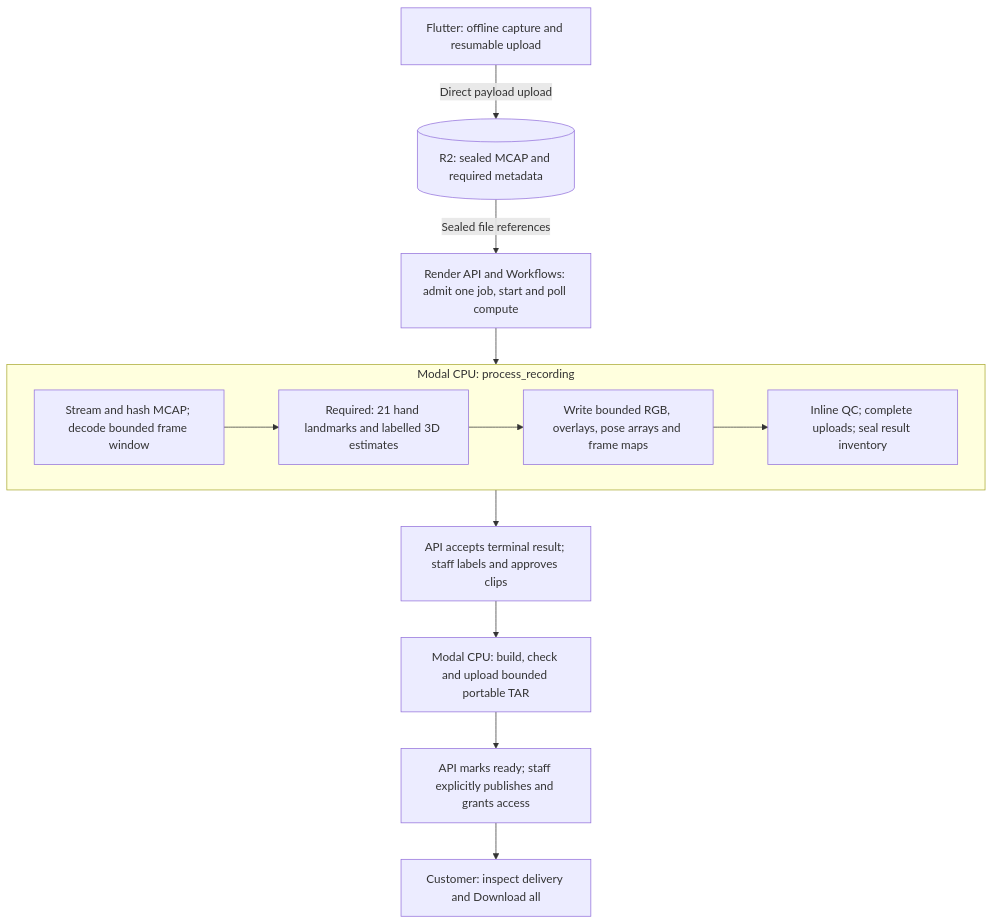
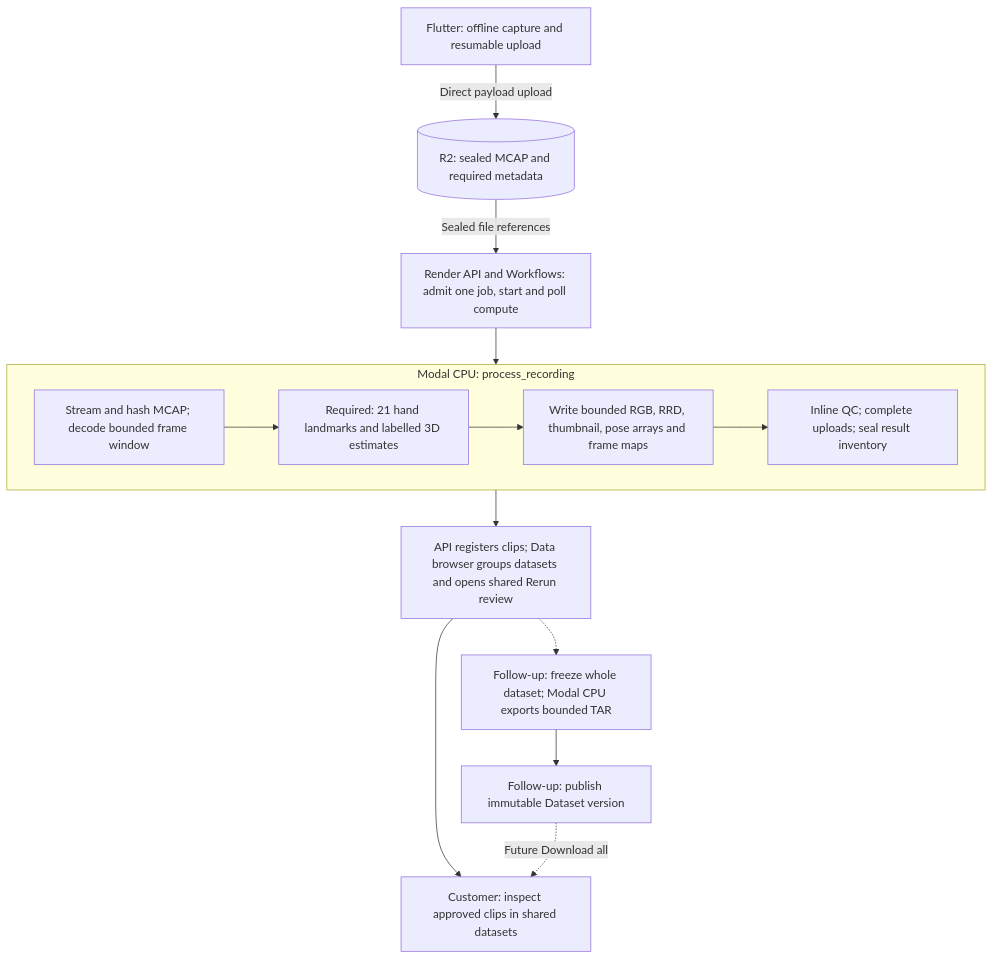
The diagram in docs/figures/processing-stages.mmd (StateAction-ai/stateaction), drawn with Mermaid before and after one commit. The commit also changed 36 other files, not shown here.

Commit message:
docs: add shared dataset browser and Rerun clip review

```diff
--- a/docs/figures/processing-stages.mmd
+++ b/docs/figures/processing-stages.mmd
@@ -1,19 +1,21 @@
 flowchart TD
     capture["Flutter: offline capture and resumable upload"]
     source[("R2: sealed MCAP and required metadata")]
     dispatch["Render API and Workflows: admit one job, start and poll compute"]
     subgraph process["Modal CPU: process_recording"]
         extract["Stream and hash MCAP; decode bounded frame window"]
         hands["Required: 21 hand landmarks and labelled 3D estimates"]
-        preview["Write bounded RGB, overlays, pose arrays and frame maps"]
+        preview["Write bounded RGB, RRD, thumbnail, pose arrays and frame maps"]
         qc["Inline QC; complete uploads; seal result inventory"]
         extract --> hands --> preview --> qc
     end
-    review["API accepts terminal result; staff labels and approves clips"]
-    export["Modal CPU: build, check and upload bounded portable TAR"]
-    publish["API marks ready; staff explicitly publishes and grants access"]
-    customer["Customer: inspect delivery and Download all"]
+    review["API registers clips; Data browser groups datasets and opens shared Rerun review"]
+    export["Follow-up: freeze whole dataset; Modal CPU exports bounded TAR"]
+    publish["Follow-up: publish immutable Dataset version"]
+    customer["Customer: inspect approved clips in shared datasets"]
     capture -->|"Direct payload upload"| source
     source -->|"Sealed file references"| dispatch
     dispatch --> process
-    process --> review --> export --> publish --> customer
+    process --> review --> customer
+    review -.-> export --> publish
+    publish -.->|"Future Download all"| customer
```
